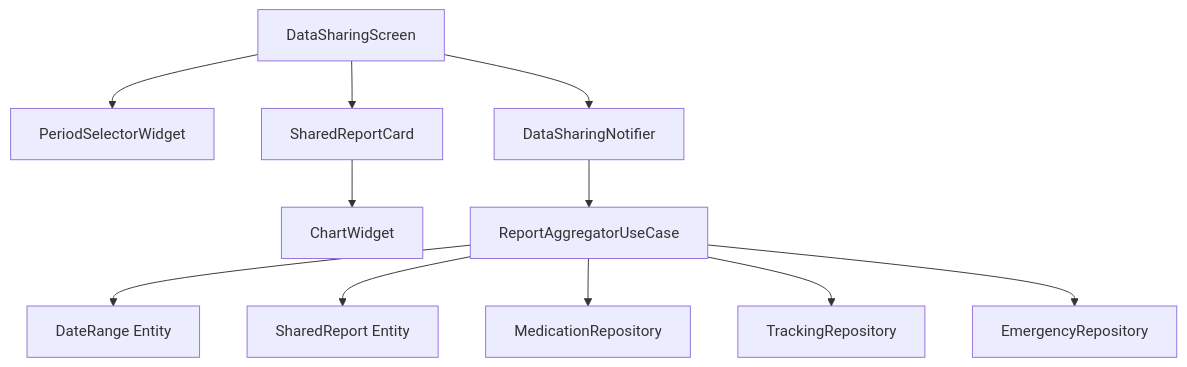
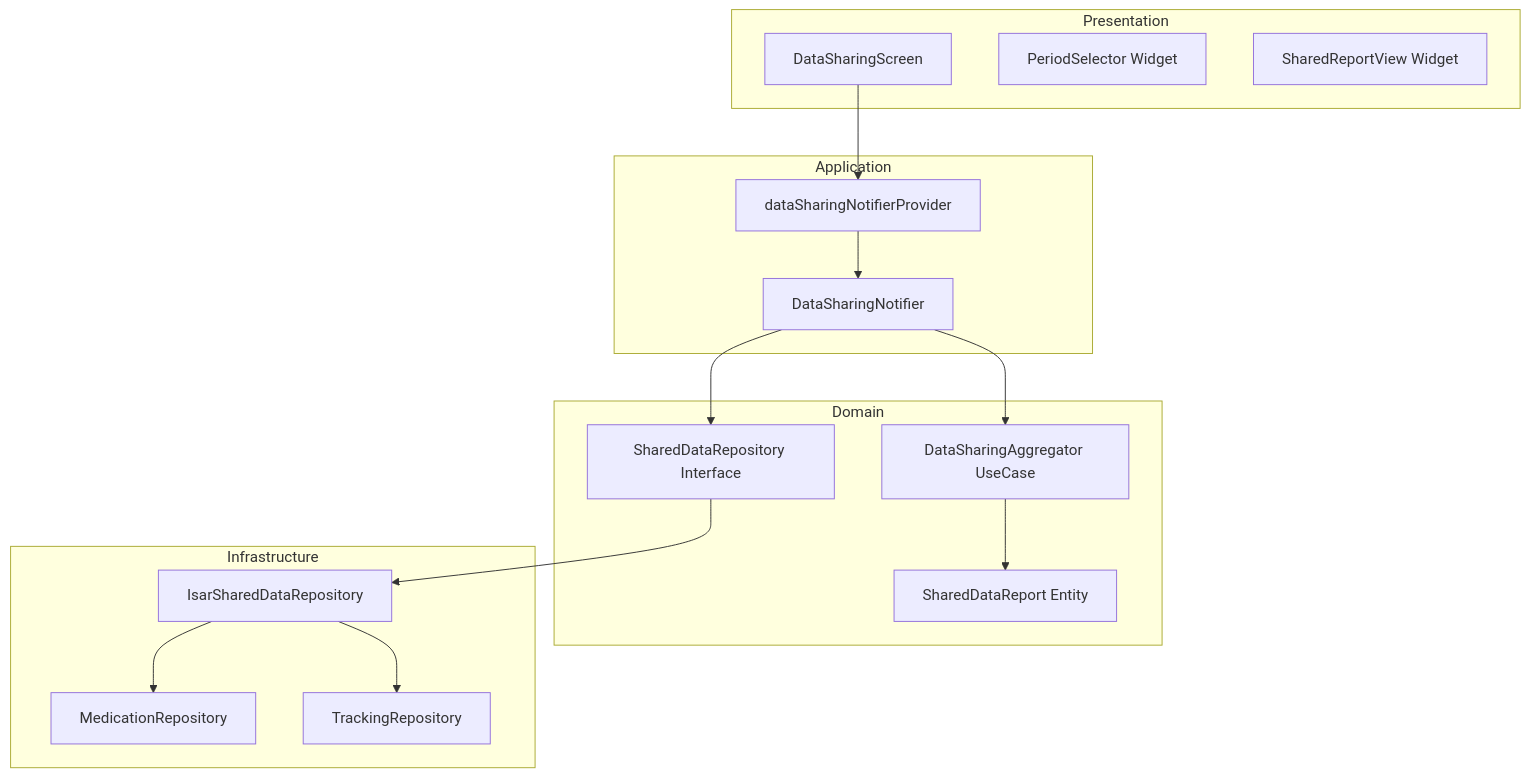
One commit to pcepyon/n06 changed the diagram in docs/005/plan.md. Above: the diagram before and after it, drawn with Mermaid. The commit also changed other lines of this file and 18 other files, not shown here.

````diff
--- a/docs/005/plan.md
+++ b/docs/005/plan.md
@@ -20,34 +23,34 @@
 ```mermaid
 graph TD
-    %% Presentation Layer
-    DataSharingScreen[DataSharingScreen]
-    PeriodSelector[PeriodSelectorWidget]
-    ReportCard[SharedReportCard]
-    ChartWidget[ChartWidget]
+    subgraph Presentation
+        DSScreen[DataSharingScreen]
+        PeriodSelector[PeriodSelector Widget]
+        ReportView[SharedReportView Widget]
+    end
 
-    %% Application Layer
-    DataSharingNotifier[DataSharingNotifier]
-    ReportAggregator[ReportAggregatorUseCase]
+    subgraph Application
+        DSNotifier[DataSharingNotifier]
+        DSProvider[dataSharingNotifierProvider]
+    end
 
-    %% Domain Layer
-    DateRange[DateRange Entity]
-    SharedReport[SharedReport Entity]
+    subgraph Domain
+        DSAggregator[DataSharingAggregator UseCase]
+        SharedReport[SharedDataReport Entity]
+        SDRepo[SharedDataRepository Interface]
+    end
 
-    %% Infrastructure Layer
-    MedicationRepo[MedicationRepository]
-    TrackingRepo[TrackingRepository]
-    EmergencyRepo[EmergencyRepository]
+    subgraph Infrastructure
+        IsarSDRepo[IsarSharedDataRepository]
+        MedicationRepo[MedicationRepository]
+        TrackingRepo[TrackingRepository]
+    end
 
-    %% Dependencies
-    DataSharingScreen --> DataSharingNotifier
-    DataSharingScreen --> PeriodSelector
-    DataSharingScreen --> ReportCard
-    ReportCard --> ChartWidget
-
-    DataSharingNotifier --> ReportAggregator
-    ReportAggregator --> DateRange
-    ReportAggregator --> SharedReport
-    ReportAggregator --> MedicationRepo
-    ReportAggregator --> TrackingRepo
-    ReportAggregator --> EmergencyRepo
+    DSScreen --> DSProvider
+    DSProvider --> DSNotifier
+    DSNotifier --> DSAggregator
+    DSNotifier --> SDRepo
+    DSAggregator --> SharedReport
+    SDRepo --> IsarSDRepo
+    IsarSDRepo --> MedicationRepo
+    IsarSDRepo --> TrackingRepo
 ```
````
